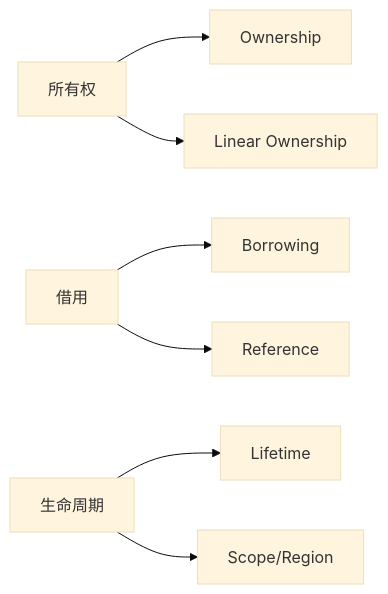
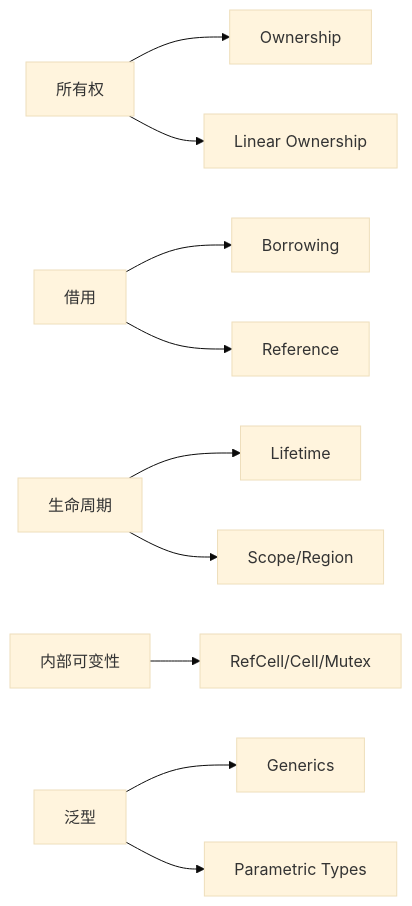
One commit to martin-ly/rust-lang changed the diagram in formal_rust/refactor/01_core_theory/01_variable_system/12_concept_mapping_and_glossary.md. Above: the diagram before and after it, drawn with Mermaid (base theme). The commit also changed other lines of this file and 29 other files, not shown here.

````diff
--- a/formal_rust/refactor/01_core_theory/01_variable_system/12_concept_mapping_and_glossary.md
+++ b/formal_rust/refactor/01_core_theory/01_variable_system/12_concept_mapping_and_glossary.md
@@ -26,9 +98,12 @@
 ```mermaid
 flowchart LR
     A[所有权] --> B[Ownership]
     A --> C[Linear Ownership]
     D[借用] --> E[Borrowing]
     D --> F[Reference]
     G[生命周期] --> H[Lifetime]
     G --> I[Scope/Region]
+    J[内部可变性] --> K[RefCell/Cell/Mutex]
+    L[泛型] --> M[Generics]
+    L --> N[Parametric Types]
 ```
````
